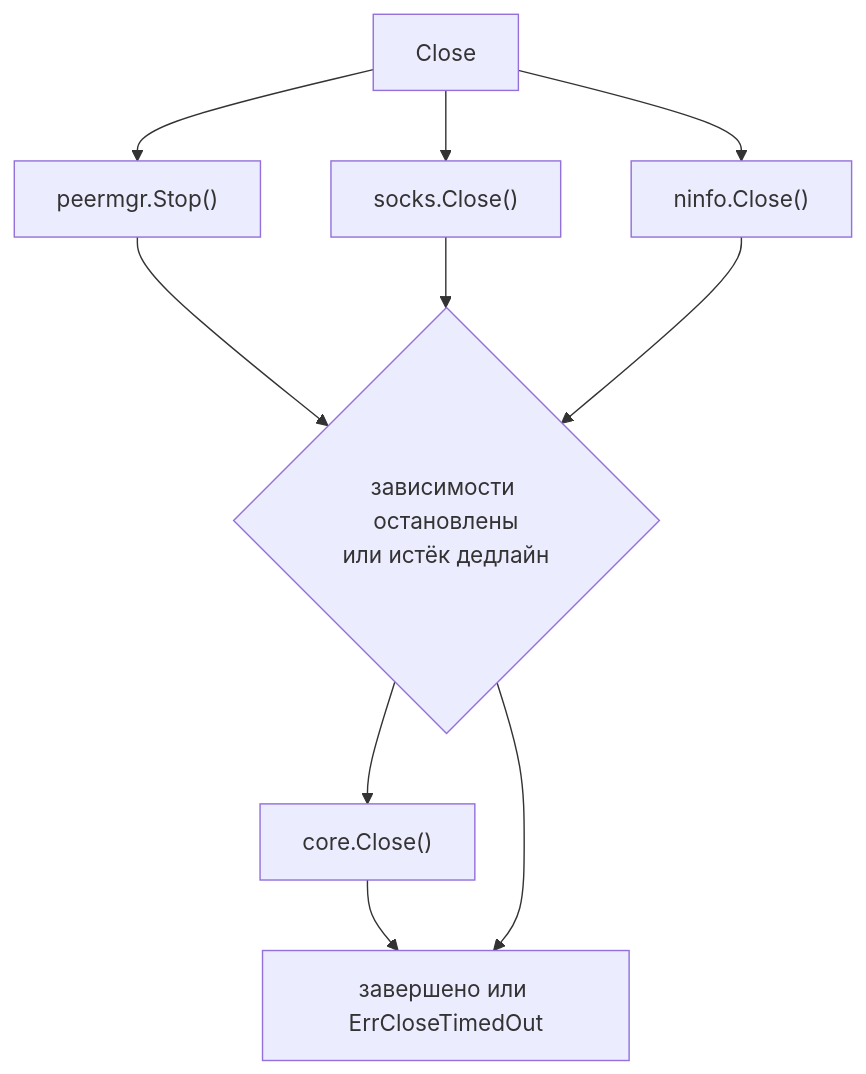
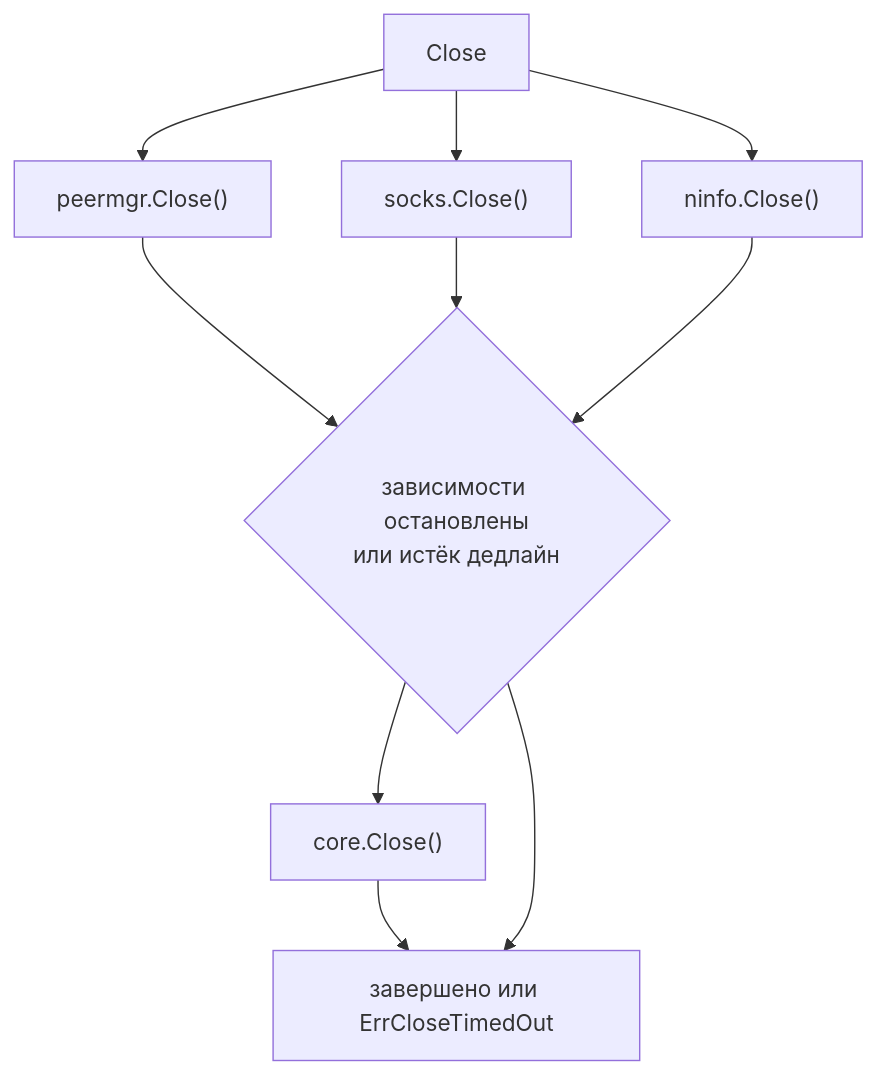
One commit to voluminor/ratatoskr changed the fifth of 6 diagrams in README.RU.md. Above: the diagram before and after it, drawn with Mermaid. The commit also changed other lines of this file and 108 other files, not shown here.

````diff
--- a/README.RU.md
+++ b/README.RU.md
@@ -378,12 +393,12 @@
 ```mermaid
 flowchart TD
-  Close --> PM["peermgr.Stop()"]
+  Close --> PM["peermgr.Close()"]
   Close --> S1["socks.Close()"]
   Close --> S15["ninfo.Close()"]
   PM --> Gate{"зависимости остановлены<br/>или истёк дедлайн"}
   S1 --> Gate
   S15 --> Gate
   Gate --> S2["core.Close()"]
   S2 --> Done
   Gate --> Done["завершено или ErrCloseTimedOut"]
 ```
````
